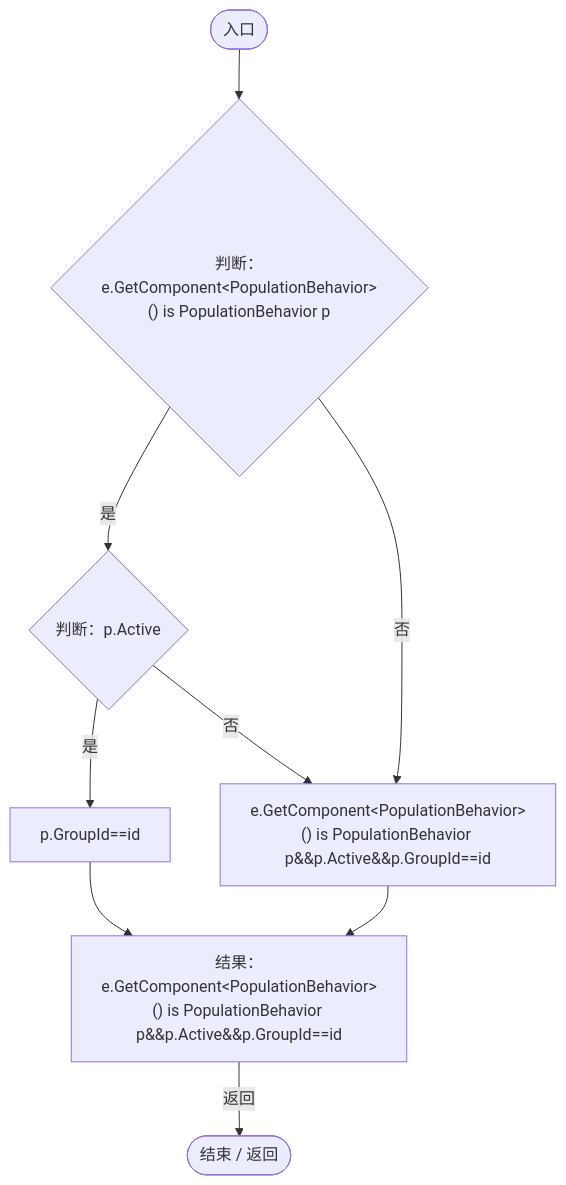
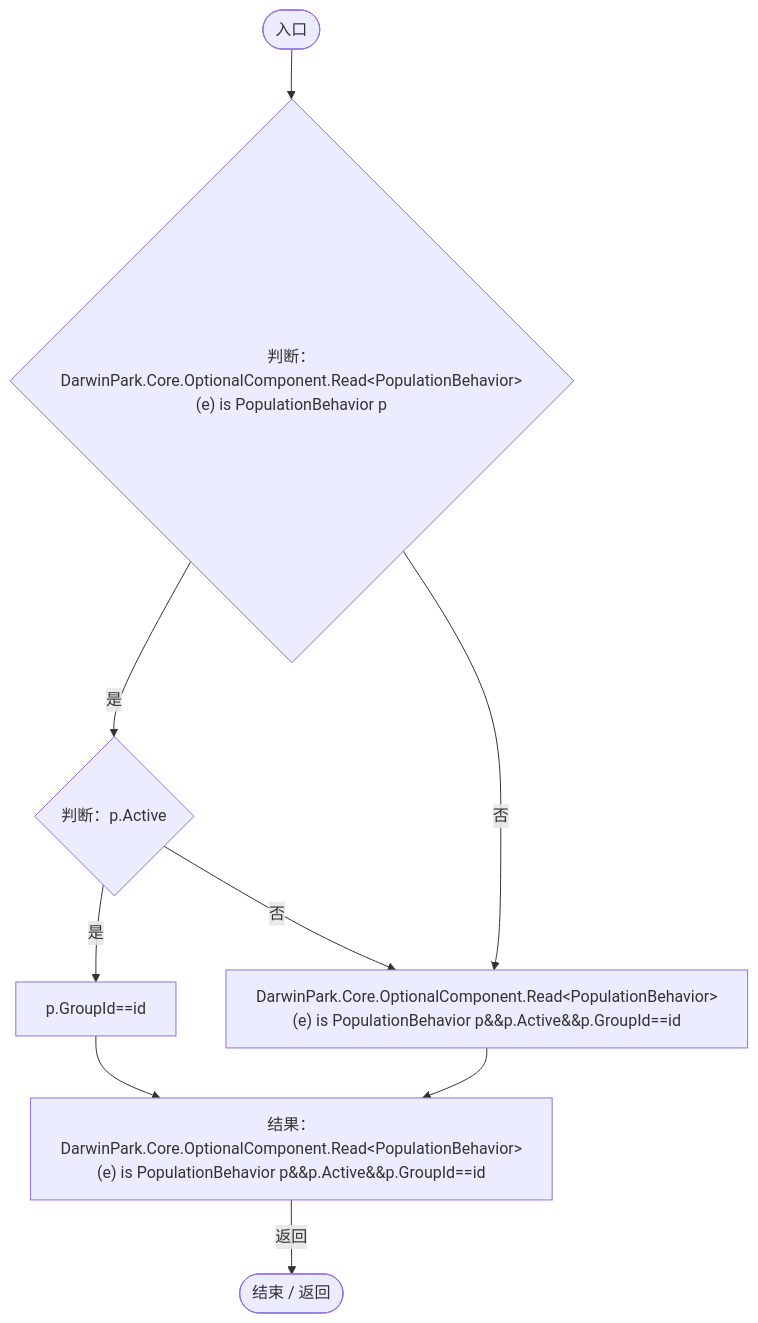
Diagram 13 of 41 in Docs/运行流程图/脚本/084e119b69cdd751.md (xhs6666/Darwin_paradise), drawn with Mermaid before and after one commit. The commit also changed other lines of this file and 297 other files, not shown here.

````diff
--- a/Docs/运行流程图/脚本/084e119b69cdd751.md
+++ b/Docs/运行流程图/脚本/084e119b69cdd751.md
@@ -394,19 +394,19 @@
 ```mermaid
 flowchart TD
   b0(["入口"])
-  b1{"判断：e.GetComponent&lt;PopulationBehavior&gt;() is PopulationBehavior p"}
+  b1{"判断：DarwinPark.Core.OptionalComponent.Read&lt;PopulationBehavior&gt;(e) is PopulationBehavior p"}
   b2{"判断：p.Active"}
   b3["p.GroupId==id"]
-  b4["e.GetComponent&lt;PopulationBehavior&gt;() is PopulationBehavior p&amp;&amp;p.Active&amp;&amp;p.GroupId==id"]
-  b5["结果：e.GetComponent&lt;PopulationBehavior&gt;() is PopulationBehavior p&amp;&amp;p.Active&amp;&amp;p.GroupId==id"]
+  b4["DarwinPark.Core.OptionalComponent.Read&lt;PopulationBehavior&gt;(e) is PopulationBehavior p&amp;&amp;p.Active&amp;&amp;p.GroupId==id"]
+  b5["结果：DarwinPark.Core.OptionalComponent.Read&lt;PopulationBehavior&gt;(e) is PopulationBehavior p&amp;&amp;p.Active&amp;&amp;p.GroupId==id"]
   b6(["结束 / 返回"])
   b0 --> b1
   b1 -->|"是"| b2
   b1 -->|"否"| b4
   b2 -->|"是"| b3
   b2 -->|"否"| b4
   b3 --> b5
   b4 --> b5
   b5 -->|"返回"| b6
 
 ```
````
